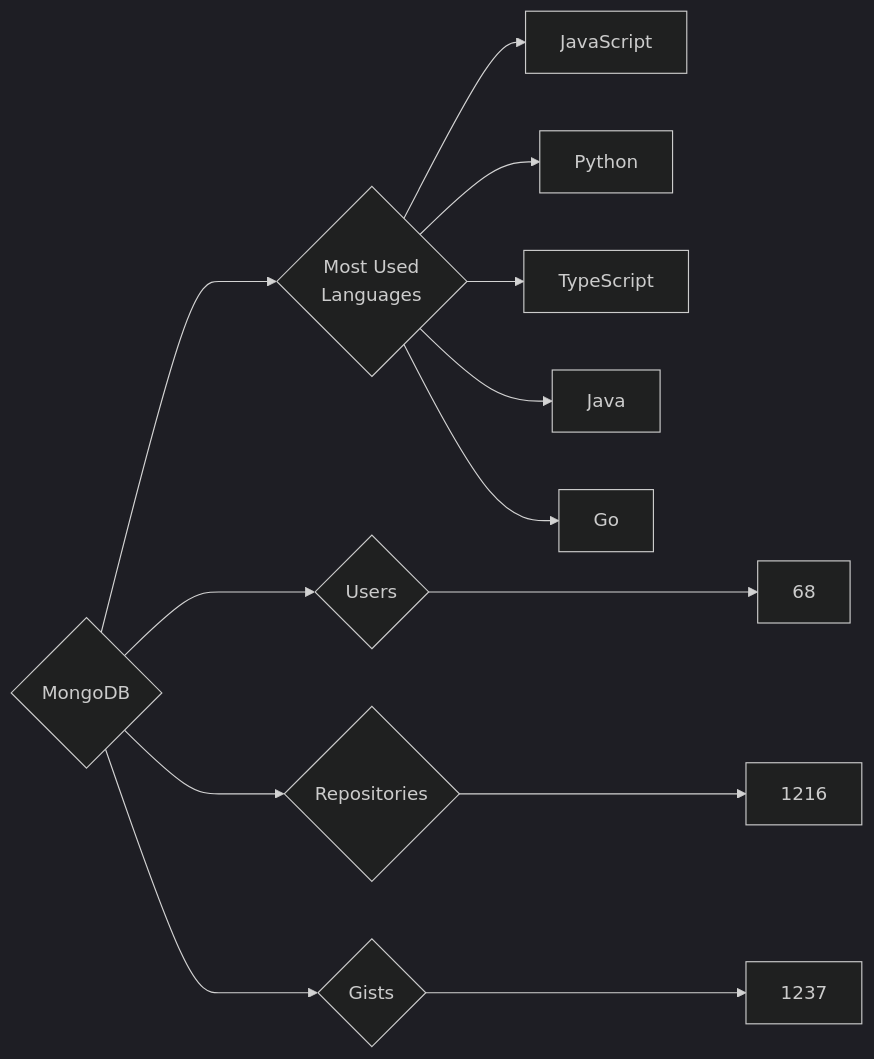
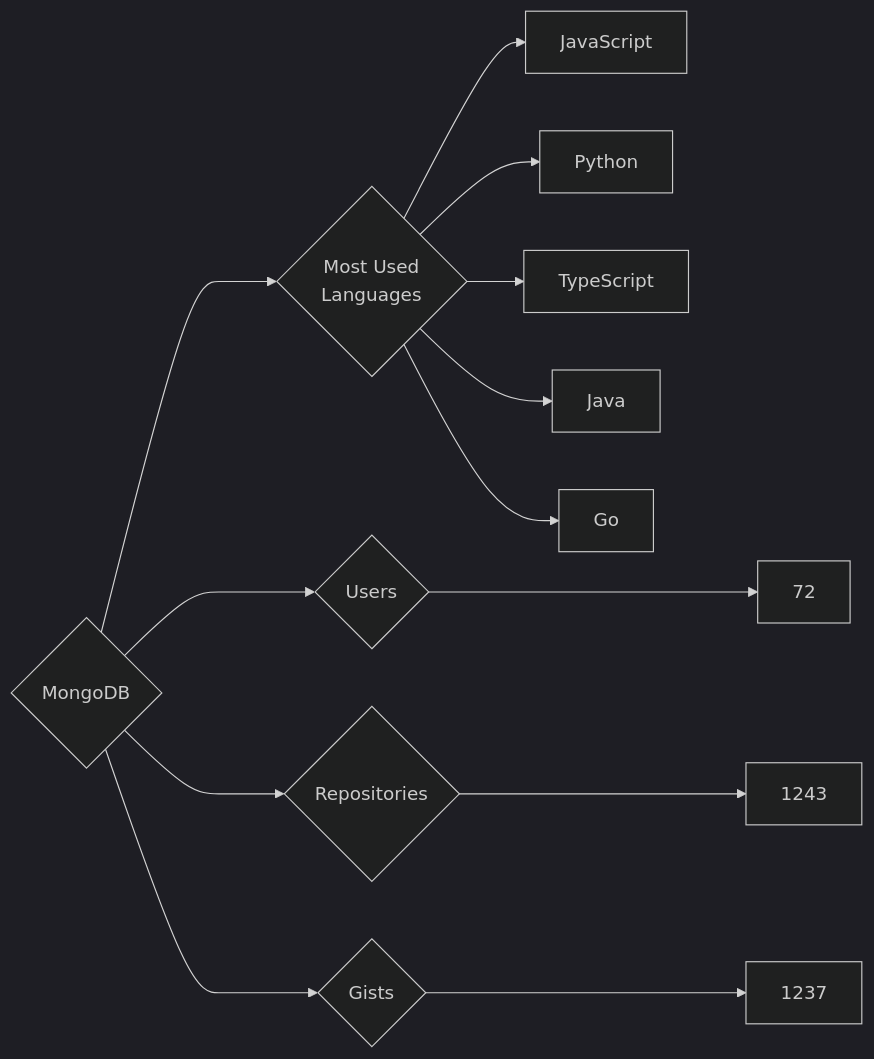
The diagram in targets/MongoDB/README.md (trickest/insiders), drawn with Mermaid (dark theme) before and after one commit. The commit also changed 682 other files, not shown here.

````diff
--- a/targets/MongoDB/README.md
+++ b/targets/MongoDB/README.md
@@ -3,13 +3,13 @@
 ```mermaid
 graph LR
 COMPANY_NAME{MongoDB}
-COMPANY_NAME ---> U{Users} ---> UN[68]
-COMPANY_NAME ---> R{Repositories} ---> RN[1216]
+COMPANY_NAME ---> U{Users} ---> UN[72]
+COMPANY_NAME ---> R{Repositories} ---> RN[1243]
 COMPANY_NAME ---> G{Gists} ---> GN[1237]
 COMPANY_NAME ---> ML{Most Used<br>Languages}
 ML --> JavaScript[JavaScript]
 ML --> Python[Python]
 ML --> TypeScript[TypeScript]
 ML --> Java[Java]
 ML --> Go[Go]
 ```
````
